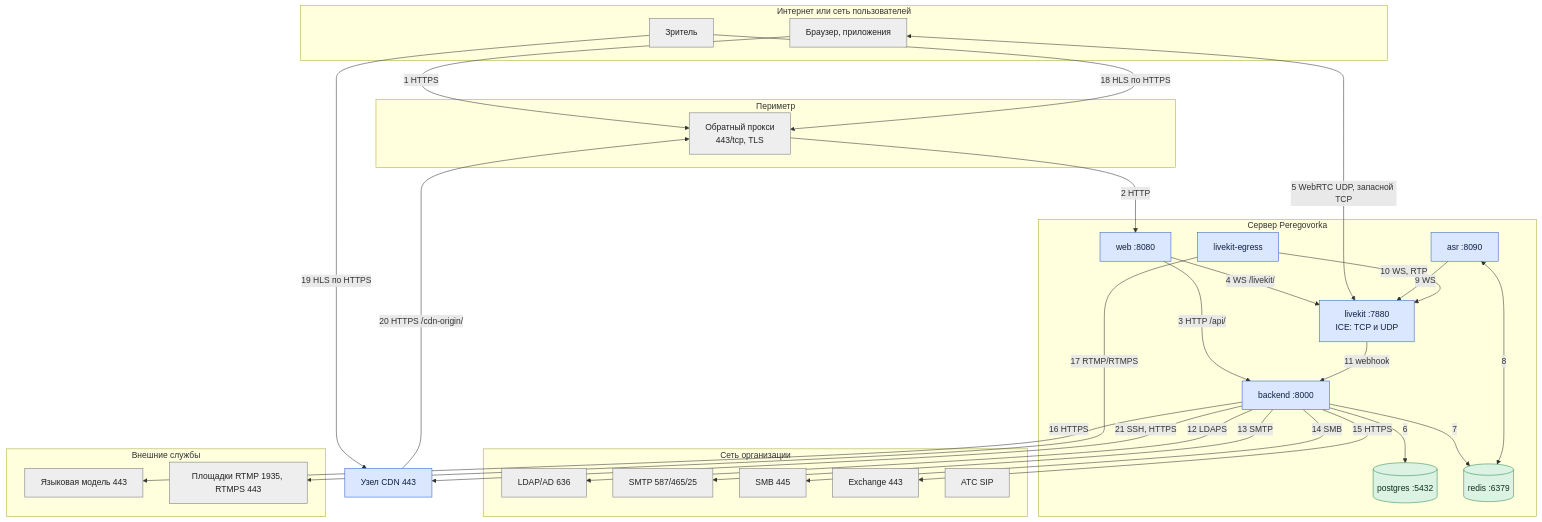
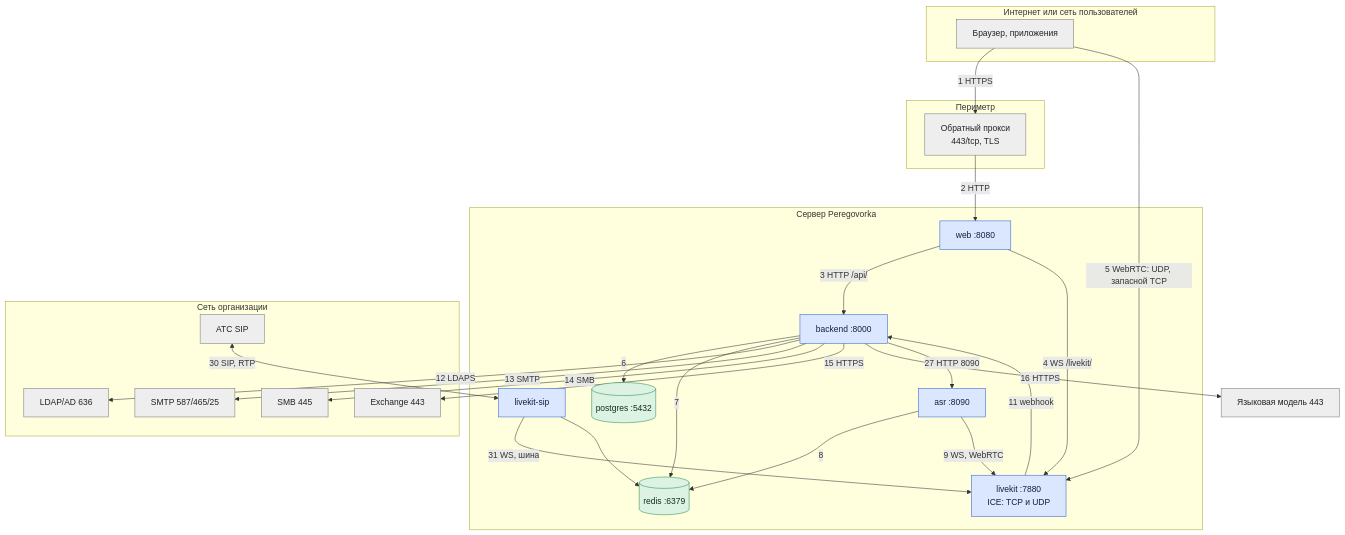
The first of 3 diagrams in wiki/Архитектура-Сетевые-потоки.md (calleograph/peregovorka), drawn with Mermaid before and after one commit. The commit also changed other lines of this file and 322 other files, not shown here.

````diff
--- a/wiki/Архитектура-Сетевые-потоки.md
+++ b/wiki/Архитектура-Сетевые-потоки.md
@@ -9,55 +11,48 @@
 ```mermaid
 flowchart TB
   subgraph NET["Интернет или сеть пользователей"]
     U["Браузер, приложения"]:::ext
-    V["Зритель"]:::ext
   end
   subgraph DMZ["Периметр"]
     RP["Обратный прокси<br/>443/tcp, TLS"]:::ext
   end
   subgraph SRV["Сервер Peregovorka"]
     W["web :8080"]:::own
     B["backend :8000"]:::own
     LK["livekit :7880<br/>ICE: TCP и UDP"]:::own
-    E["livekit-egress"]:::own
     A["asr :8090"]:::own
+    SIP["livekit-sip"]:::own
     PG[("postgres :5432")]:::data
     R[("redis :6379")]:::data
   end
   subgraph ORG["Сеть организации"]
     AD["LDAP/AD 636"]:::ext
     SMTP["SMTP 587/465/25"]:::ext
     SMB["SMB 445"]:::ext
     EX["Exchange 443"]:::ext
     PBX["АТС SIP"]:::ext
   end
-  subgraph EXT["Внешние службы"]
-    LLM["Языковая модель 443"]:::ext
-    RT["Площадки RTMP 1935, RTMPS 443"]:::ext
-  end
-  CDN["Узел CDN 443"]:::own
+  LLM["Языковая модель 443"]:::ext
   U -->|"1 HTTPS"| RP
   RP -->|"2 HTTP"| W
   W -->|"3 HTTP /api/"| B
   W -->|"4 WS /livekit/"| LK
-  U <-->|"5 WebRTC UDP, запасной TCP"| LK
+  U -->|"5 WebRTC: UDP, запасной TCP"| LK
   B -->|"6"| PG
   B -->|"7"| R
-  A <-->|"8"| R
-  A -->|"9 WS"| LK
-  E -->|"10 WS, RTP"| LK
+  A -->|"8"| R
+  A -->|"9 WS, WebRTC"| LK
   LK -->|"11 webhook"| B
   B -->|"12 LDAPS"| AD
   B -->|"13 SMTP"| SMTP
   B -->|"14 SMB"| SMB
   B -->|"15 HTTPS"| EX
   B -->|"16 HTTPS"| LLM
-  E -->|"17 RTMP/RTMPS"| RT
-  V -->|"18 HLS по HTTPS"| RP
-  V -->|"19 HLS по HTTPS"| CDN
-  CDN -->|"20 HTTPS /cdn-origin/"| RP
-  B -->|"21 SSH, HTTPS"| CDN
+  B -->|"27 HTTP 8090"| A
+  PBX <-->|"30 SIP, RTP"| SIP
+  SIP -->|"31 WS, шина"| LK
+  SIP --> R
   classDef own fill:#dbe7ff,stroke:#2f5fd0,color:#10203f
   classDef data fill:#dcf3e3,stroke:#2b8a4e,color:#10301c
   classDef ext fill:#eee,stroke:#777,color:#222
 ```
````
